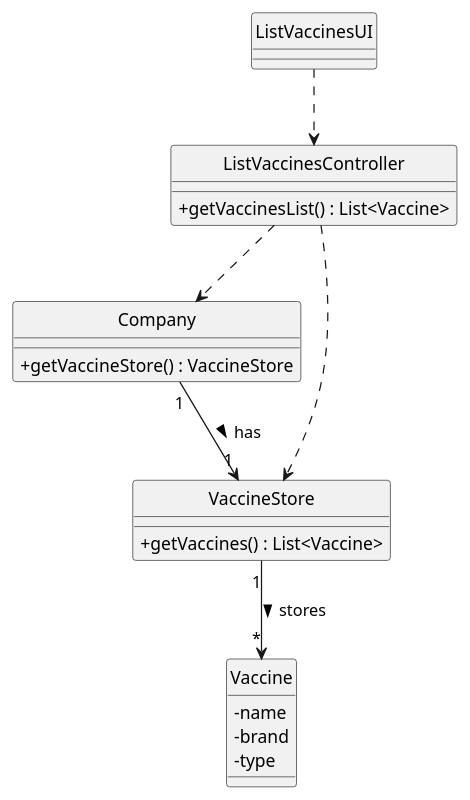
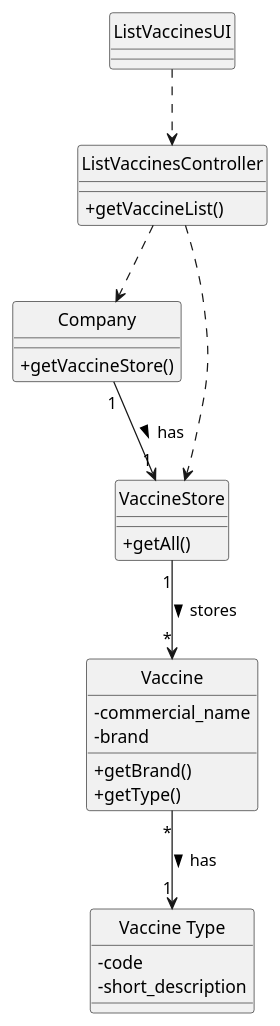
One commit to afonso51111/leti-esoft-25-26-A33 changed the diagram in project-template/docs/sprint3/US12/puml/US12-CD.puml. Above: the diagram before and after it, drawn with PlantUML. The commit also changed 8 other files, not shown here.

```diff
--- a/project-template/docs/sprint3/US12/puml/US12-CD.puml
+++ b/project-template/docs/sprint3/US12/puml/US12-CD.puml
@@ -1,33 +1,39 @@
 @startuml
 skinparam classAttributeIconSize 0
 hide circle
 
 class ListVaccinesUI {
 }
 
 class ListVaccinesController {
-  + getVaccinesList() : List<Vaccine>
+  + getVaccineList()
 }
 
 class Company {
-  + getVaccineStore() : VaccineStore
+  + getVaccineStore()
 }
 
 class VaccineStore {
-  + getVaccines() : List<Vaccine>
+  + getAll()
 }
 
 class Vaccine {
-  - name
+  - commercial_name
   - brand
-  - type
+  + getBrand()
+  + getType()
+}
+
+class "Vaccine Type" {
+  - code
+  - short_description
 }
 
 ListVaccinesUI ..> ListVaccinesController
 ListVaccinesController ..> Company
 ListVaccinesController ..> VaccineStore
-
 Company "1" --> "1" VaccineStore : has >
 VaccineStore "1" --> "*" Vaccine : stores >
+Vaccine "*" --> "1" "Vaccine Type" : has >
 
 @enduml
```
